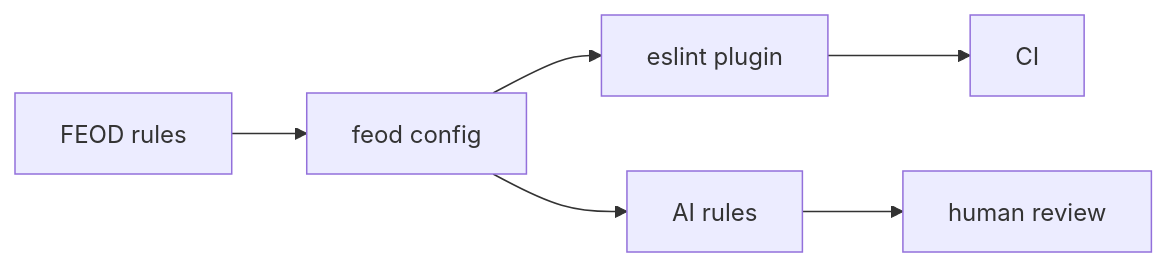
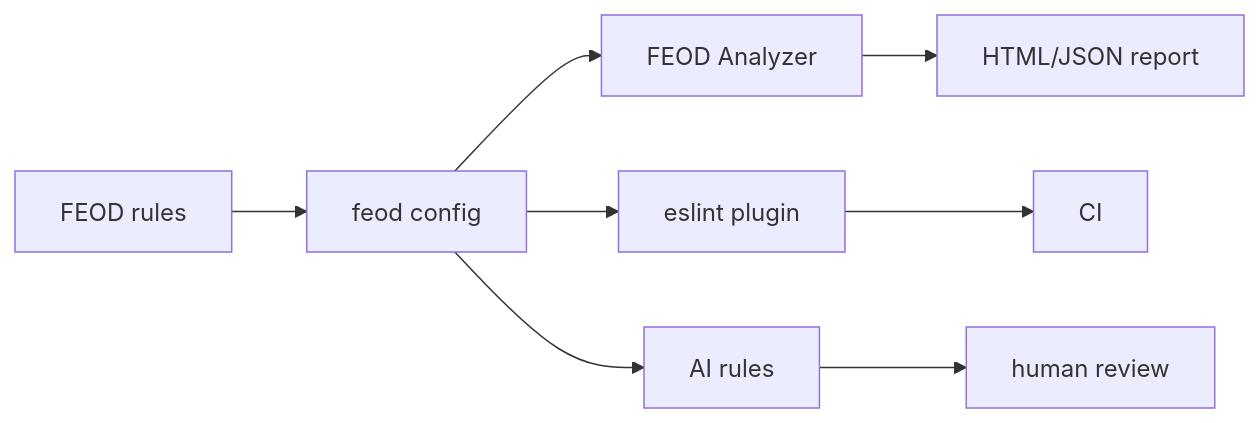
Before and after one commit to feod-architecture/feod-docs: the diagram in docs/tools/index.md, drawn with Mermaid. The commit also changed other lines of this file and 9 other files, not shown here.

Commit message:
Document FEOD Analyzer

````diff
--- a/docs/tools/index.md
+++ b/docs/tools/index.md
@@ -5,8 +5,10 @@
 ```mermaid
 flowchart LR
   rules["FEOD rules"] --> config["feod config"]
+  config --> analyzer["FEOD Analyzer"]
   config --> eslint["eslint plugin"]
   config --> ai["AI rules"]
+  analyzer --> report["HTML/JSON report"]
   eslint --> ci["CI"]
   ai --> review["human review"]
 ```
````
